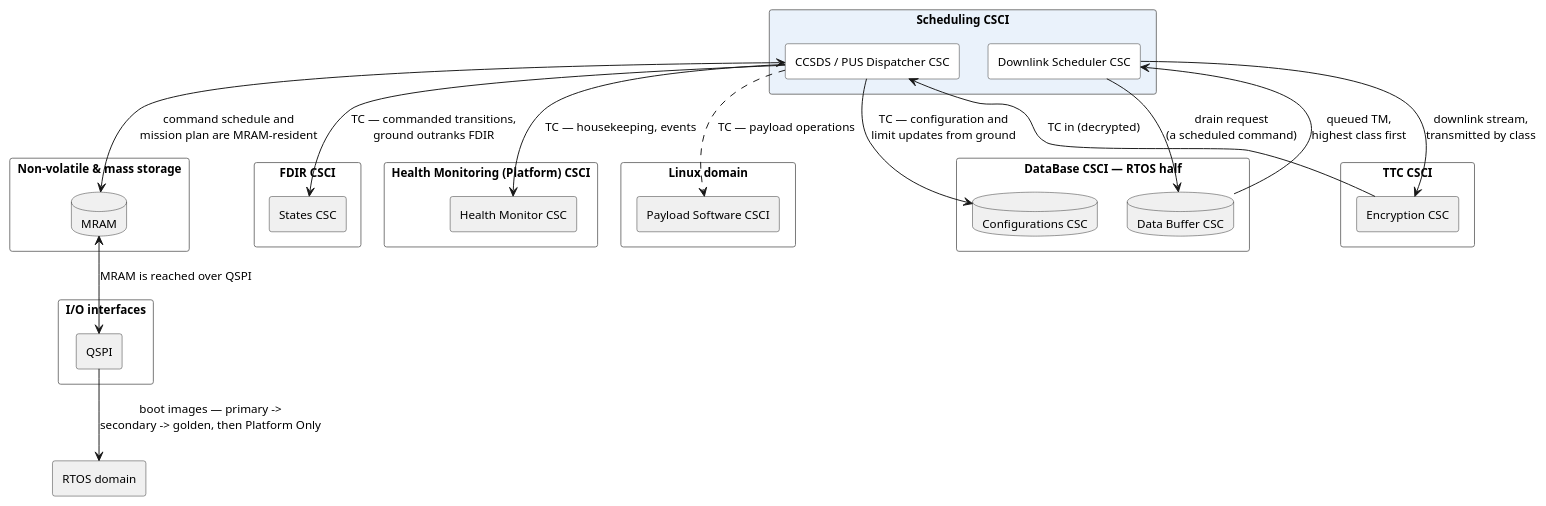
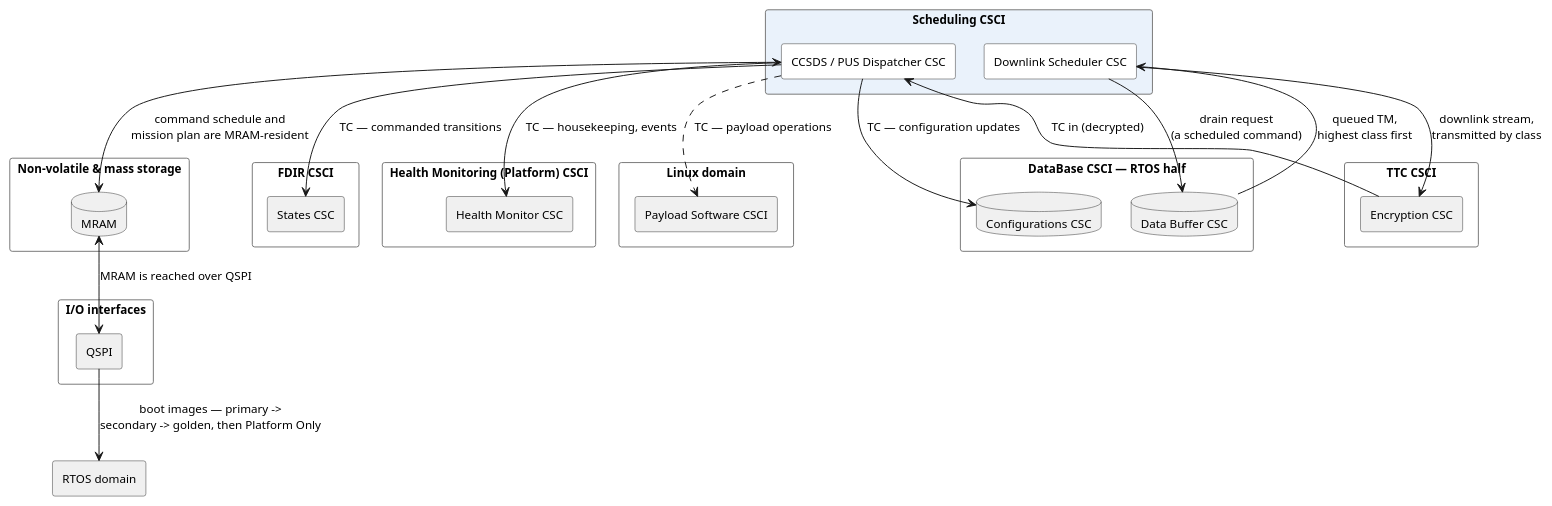
Before and after one commit to seapit/urban-memory: the diagram in docs/puml/obc-csci-scheduling.puml, drawn with PlantUML. The commit also changed 2 other files, not shown here.

Commit message:
Shorten diagram edge labels

```diff
--- a/docs/puml/obc-csci-scheduling.puml
+++ b/docs/puml/obc-csci-scheduling.puml
@@ -1,71 +1,71 @@
 @startuml
 ' Scheduling CSCI — the CSCI in full, with every relation that crosses its boundary.
 ' Everything drawn in grey is context: it is shown only far enough to say what
 ' this CSCI talks to. The whole picture is in obc-csci-full.puml.
 ' GENERATED from obc-csci-full.puml — edit that file, then re-run split.py.
 
 skinparam componentStyle rectangle
 skinparam packageStyle rectangle
 skinparam shadowing false
 skinparam nodesep 30
 skinparam ranksep 58
 skinparam defaultFontSize 12
 skinparam wrapWidth 240
 skinparam package {
   BackgroundColor #FFFFFF
   BorderColor #777777
 }
 skinparam component {
   BackgroundColor #FFFFFF
   BorderColor #333333
 }
 skinparam database {
   BackgroundColor #FFFFFF
   BorderColor #333333
 }
 
 ' ---------------------------------------------- the CSCI under view
 package "Scheduling CSCI" as SCHED #EAF2FB {
   component "CCSDS / PUS Dispatcher CSC" as CCSDS
   component "Downlink Scheduler CSC" as DLSCHED
 }
 
 ' ---------------------------------------------- context only
 package "TTC CSCI" as TTC {
   component "Encryption CSC" as ENC #F0F0F0
 }
 package "DataBase CSCI — RTOS half" as DBRT {
   database "Data Buffer CSC" as DBUF #F0F0F0
   database "Configurations CSC" as CFG #F0F0F0
 }
 package "Non-volatile & mass storage" as STORE {
   database "MRAM" as MRAM #F0F0F0
 }
 package "FDIR CSCI" as FDIR {
   component "States CSC" as STATES #F0F0F0
 }
 package "Health Monitoring (Platform) CSCI" as HM {
   component "Health Monitor CSC" as HMON #F0F0F0
 }
 package "Linux domain" as LINDOM {
   component "Payload Software CSCI" as PAY #F0F0F0
 }
 package "I/O interfaces" as IFACE {
   component "QSPI" as QSPI #F0F0F0
 }
 component "RTOS domain" as RTOSDOM #F0F0F0
 
 ' ---------------------------------------------- across its boundary
 ENC --> CCSDS : TC in (decrypted)
 DLSCHED --> ENC : downlink stream,\ntransmitted by class
 DLSCHED --> DBUF : drain request\n(a scheduled command)
 DBUF --> DLSCHED : queued TM,\nhighest class first
 CCSDS <--> MRAM : command schedule and\nmission plan are MRAM-resident
-CCSDS --> CFG : TC — configuration and\nlimit updates from ground
-CCSDS --> STATES : TC — commanded transitions,\nground outranks FDIR
+CCSDS --> CFG : TC — configuration updates
+CCSDS --> STATES : TC — commanded transitions
 CCSDS --> HMON : TC — housekeeping, events
 CCSDS ..> PAY : TC — payload operations
 MRAM <--> QSPI : MRAM is reached over QSPI
 QSPI --> RTOSDOM : boot images — primary ->\nsecondary -> golden, then Platform Only
 
 @enduml
```
